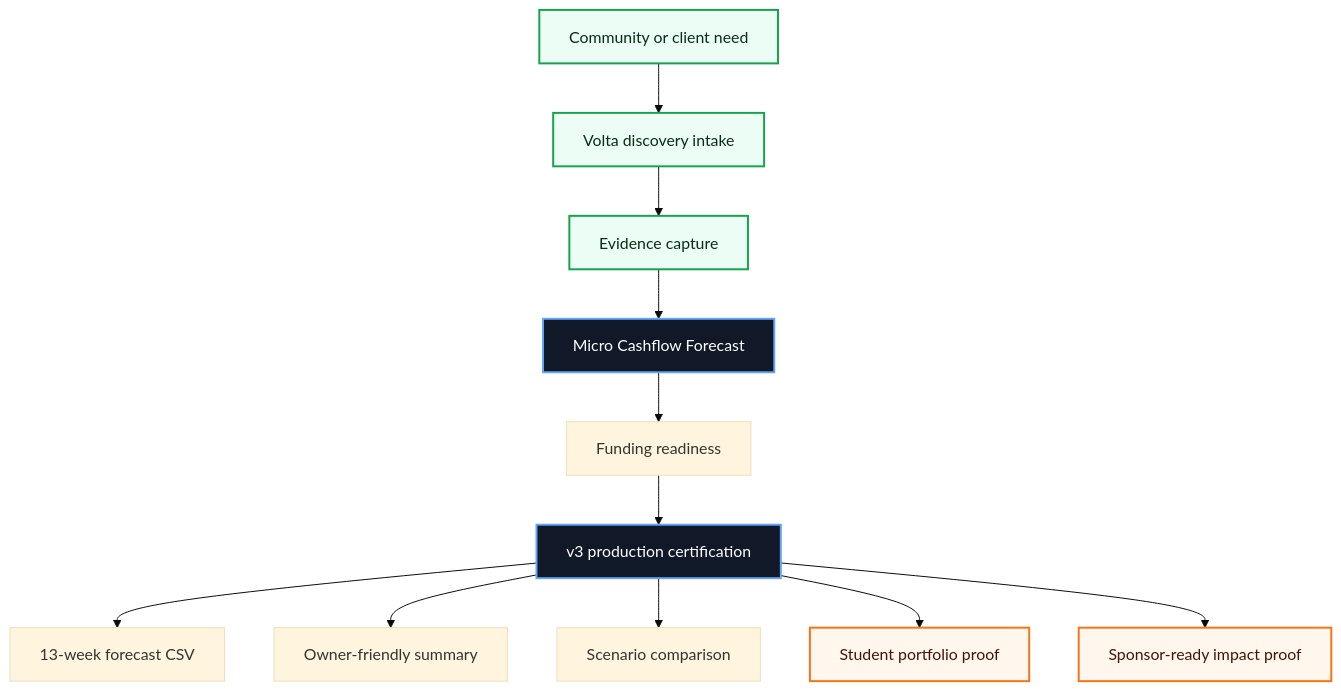
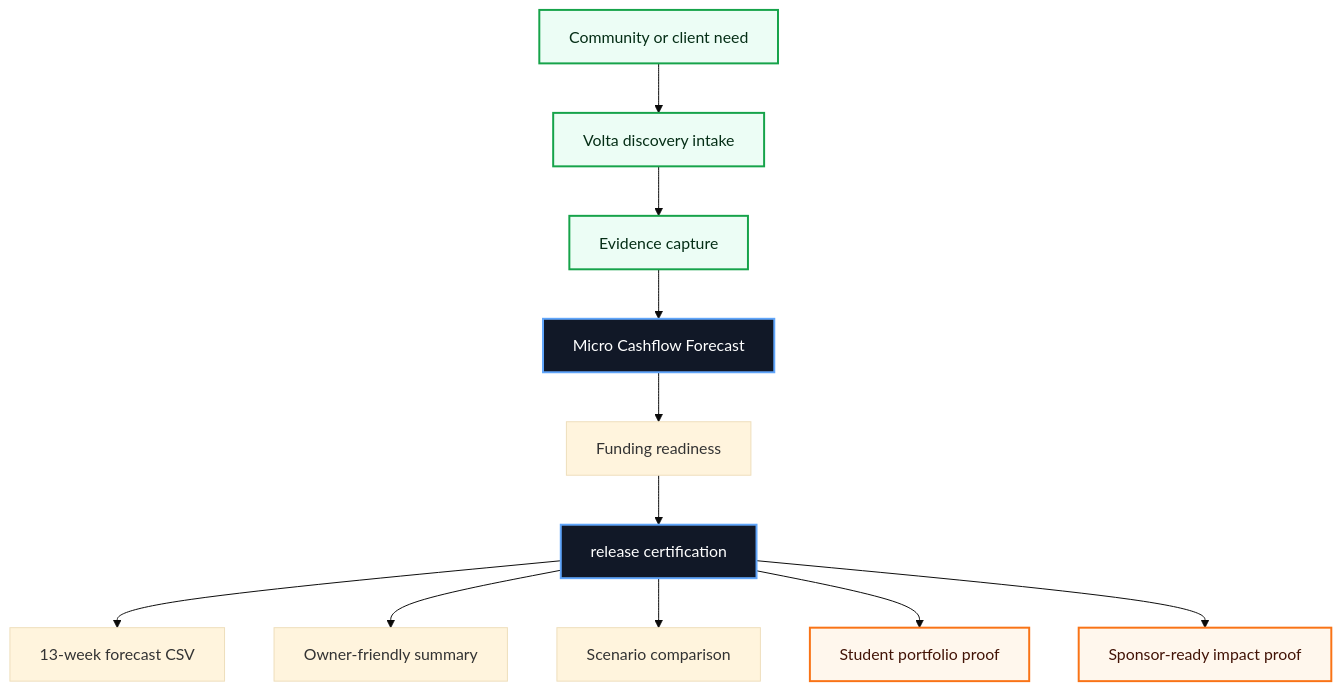
Before and after one commit to volta-npo/micro-cashflow-forecast: the first of 3 diagrams in README.md, drawn with Mermaid (base theme). The commit also changed other lines of this file and 28 other files, not shown here.

````diff
--- a/README.md
+++ b/README.md
@@ -43,20 +43,20 @@
 ```mermaid
 flowchart TD
     Need["Community or client need"] --> Intake["Volta discovery intake"]
     Intake --> Evidence["Evidence capture"]
     Evidence --> Workbench["Micro Cashflow Forecast"]
     Workbench --> Score["Funding readiness"]
-    Score --> Cert["v3 production certification"]
+    Score --> Cert["release certification"]
     Cert --> A1["13-week forecast CSV"]
     Cert --> A2["Owner-friendly summary"]
     Cert --> A3["Scenario comparison"]
     Cert --> Student["Student portfolio proof"]
     Cert --> Sponsor["Sponsor-ready impact proof"]
 
     classDef volta fill:#111827,stroke:#60a5fa,color:#ffffff,stroke-width:2px;
     classDef equity fill:#ecfdf5,stroke:#16a34a,color:#052e16,stroke-width:2px;
     classDef proof fill:#fff7ed,stroke:#f97316,color:#431407,stroke-width:2px;
     class Workbench,Cert volta;
     class Need,Intake,Evidence equity;
     class Student,Sponsor proof;
 ```
````
